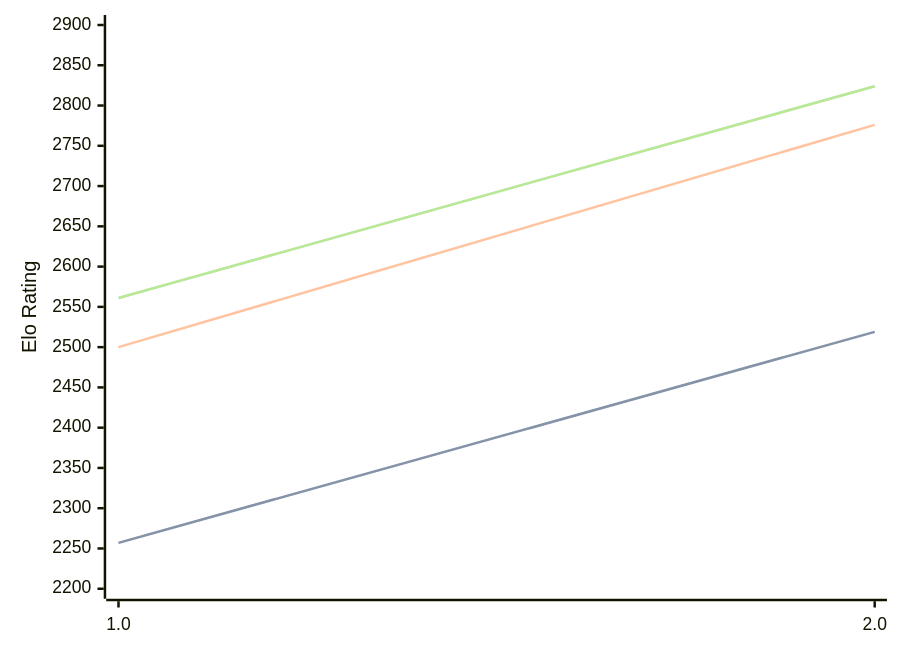
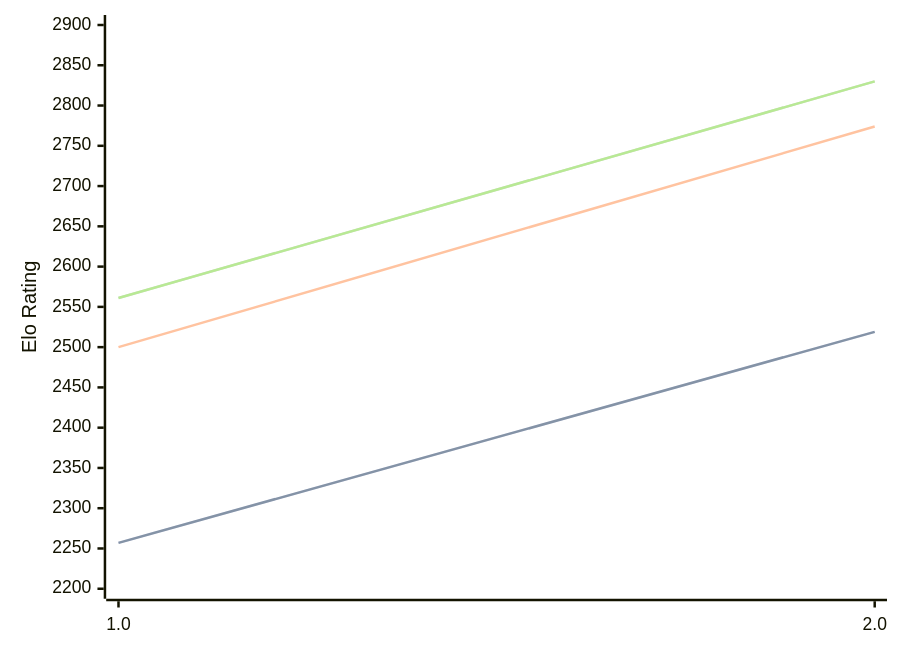
The diagram in engines/Revolver.md (computer-chess-index/cci), drawn with Mermaid before and after one commit. The commit also changed other lines of this file, not shown here.

Commit message:
Update CCI Ratings (ELO VLTC) - 2026-08-30

````diff
--- a/engines/Revolver.md
+++ b/engines/Revolver.md
@@ -32,11 +32,11 @@
 ```mermaid
 %%{init: {"theme":"base","themeVariables":{"seriesColors:['#a3a3a3','#222221','#faa371']}}}%%
 xychart-beta
   x-axis ["1.0", "2.0"]
   y-axis "Elo Rating" 2200 --> 2900
   line "" [2257, 2519]
   line "STC (8.0+0.08s)" [2257, 2519]
-  line "LTC (60.0+0.60s)" [2500, 2776]
-  line "" [2561, 2824]
-  line "VLTC (2m24s+1.12s)" [2561, 2824]
+  line "LTC (60.0+0.60s)" [2500, 2774]
+  line "" [2561, 2830]
+  line "VLTC (2m24s+1.12s)" [2561, 2830]
 ```
````
